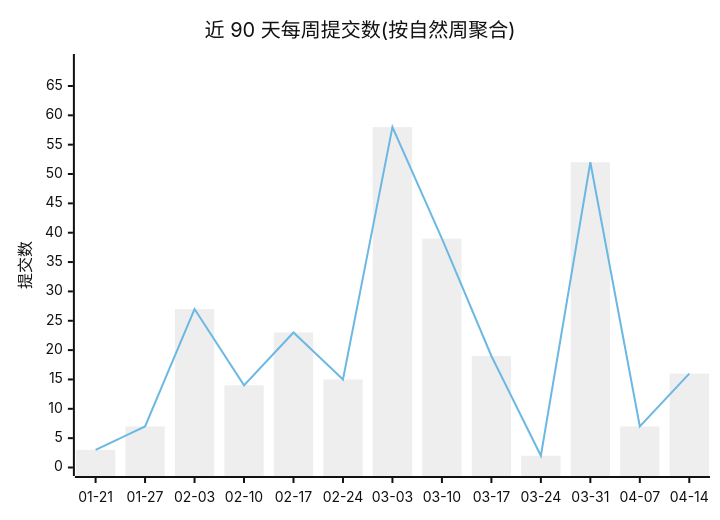
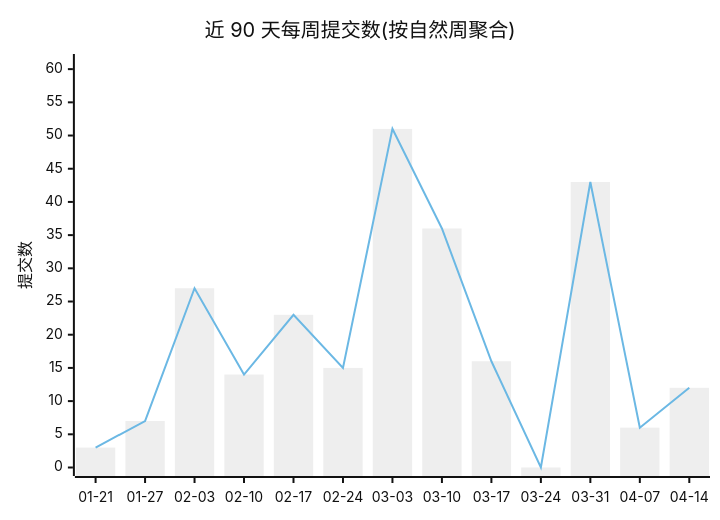
Before and after one commit to Conflux-Union/.github: the first of 2 diagrams in profile/README.md, drawn with Mermaid (neutral theme). The commit also changed other lines of this file and 3 other files, not shown here.

````diff
--- a/profile/README.md
+++ b/profile/README.md
@@ -44,8 +44,8 @@
 ```mermaid
 xychart-beta
     title "近 90 天每周提交数(按自然周聚合)"
     x-axis ["01-21", "01-27", "02-03", "02-10", "02-17", "02-24", "03-03", "03-10", "03-17", "03-24", "03-31", "04-07", "04-14"]
-    y-axis "提交数" 0 --> 69
-    bar [3, 7, 27, 14, 23, 15, 58, 39, 19, 2, 52, 7, 16]
-    line [3, 7, 27, 14, 23, 15, 58, 39, 19, 2, 52, 7, 16]
+    y-axis "提交数" 0 --> 61
+    bar [3, 7, 27, 14, 23, 15, 51, 36, 16, 0, 43, 6, 12]
+    line [3, 7, 27, 14, 23, 15, 51, 36, 16, 0, 43, 6, 12]
 ```
````
